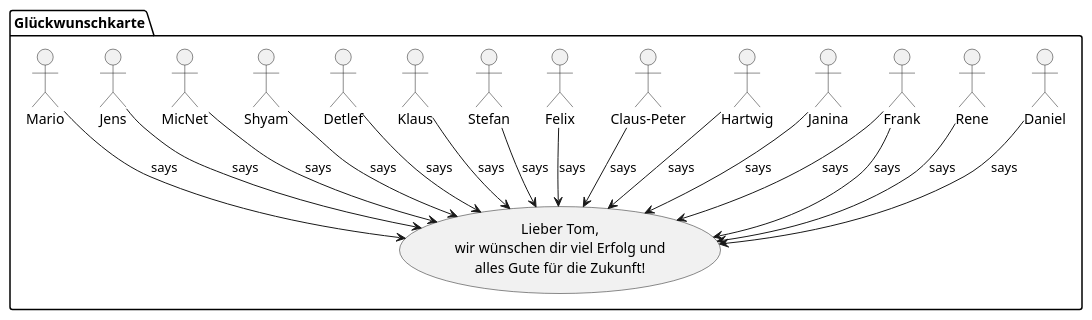
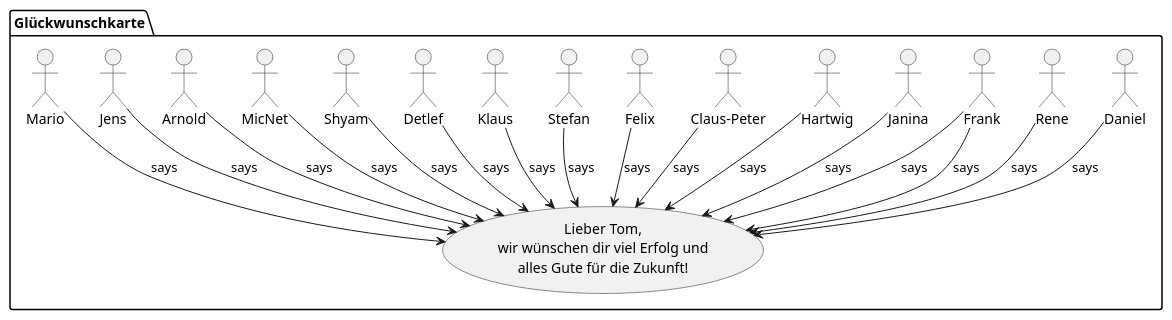
Before and after one commit to dkliem/alles-gute-tom: the diagram in greetings.puml, drawn with PlantUML.

```diff
--- a/greetings.puml
+++ b/greetings.puml
@@ -1,26 +1,28 @@
 @startuml
 folder "Glückwunschkarte" {
     usecase goodbye [
         Lieber Tom,
         wir wünschen dir viel Erfolg und
         alles Gute für die Zukunft!
     ]
 
     :Daniel: --> goodbye: says
     :Rene: --> goodbye: says
     :Frank: --> goodbye: says
     :Janina: --> goodbye: says
     :Hartwig: --> goodbye: says
     :Claus-Peter: --> goodbye: says
     :Felix: --> goodbye: says
     :Stefan: --> goodbye: says
     :Klaus: --> goodbye: says
     :Detlef: --> goodbye: says
     :Shyam: --> goodbye: says
     :MicNet: --> goodbye: says
     :Frank: --> goodbye: says
+    :Arnold: --> goodbye: says 
     :Jens: --> goodbye: says
     :Mario: --> goodbye: says
+   
     
 }
 @enduml
```
